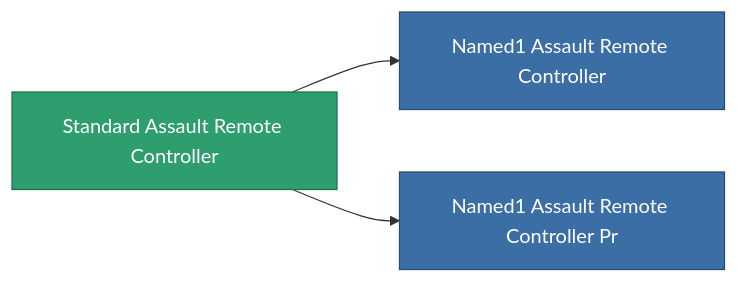
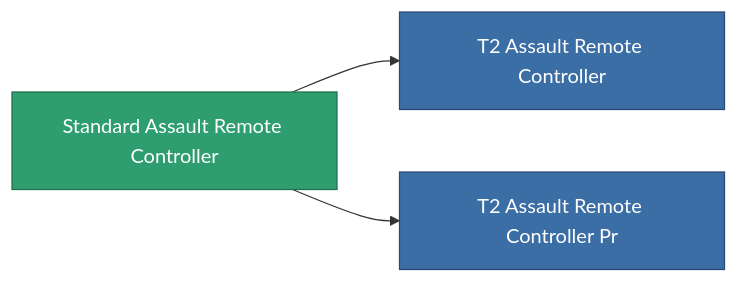
One commit to OpenPerpetuum/Wiki changed the diagram in content/content/items/standard_assault_remote_controller.md. Above: the diagram before and after it, drawn with Mermaid. The commit also changed other lines of this file and 4904 other files, not shown here.

````diff
--- a/content/content/items/standard_assault_remote_controller.md
+++ b/content/content/items/standard_assault_remote_controller.md
@@ -70,13 +58,13 @@
 ```mermaid
 graph LR
     a["Standard Assault Remote Controller"]:::current
-    b["Named1 Assault Remote Controller"]:::prod
+    b["T2 Assault Remote Controller"]:::prod
     a --> b
-    click b "/content/items/named1-assault-remote-controller/" "Named1 Assault Remote Controller"
-    c["Named1 Assault Remote Controller Pr"]:::prod
+    click b "/content/items/named1-assault-remote-controller/" "T2 Assault Remote Controller"
+    c["T2 Assault Remote Controller Pr"]:::prod
     a --> c
-    click c "/content/items/named1-assault-remote-controller-pr/" "Named1 Assault Remote Controller Pr"
+    click c "/content/items/named1-assault-remote-controller-pr/" "T2 Assault Remote Controller Pr"
     classDef current fill:#2f9e6f,stroke:#1f6f4a,color:#ffffff
     classDef prod fill:#3b6ea5,stroke:#274a75,color:#ffffff
     classDef more fill:#39445a,stroke:#54658a,color:#d5dbe8
 ```
````
